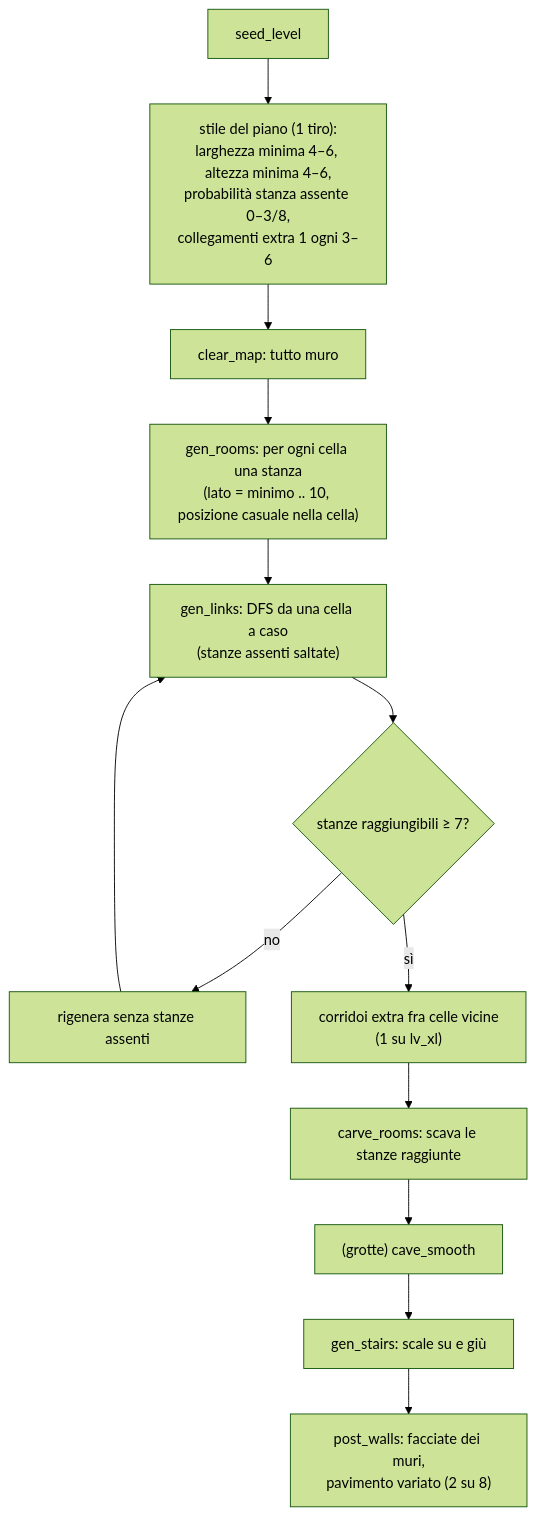
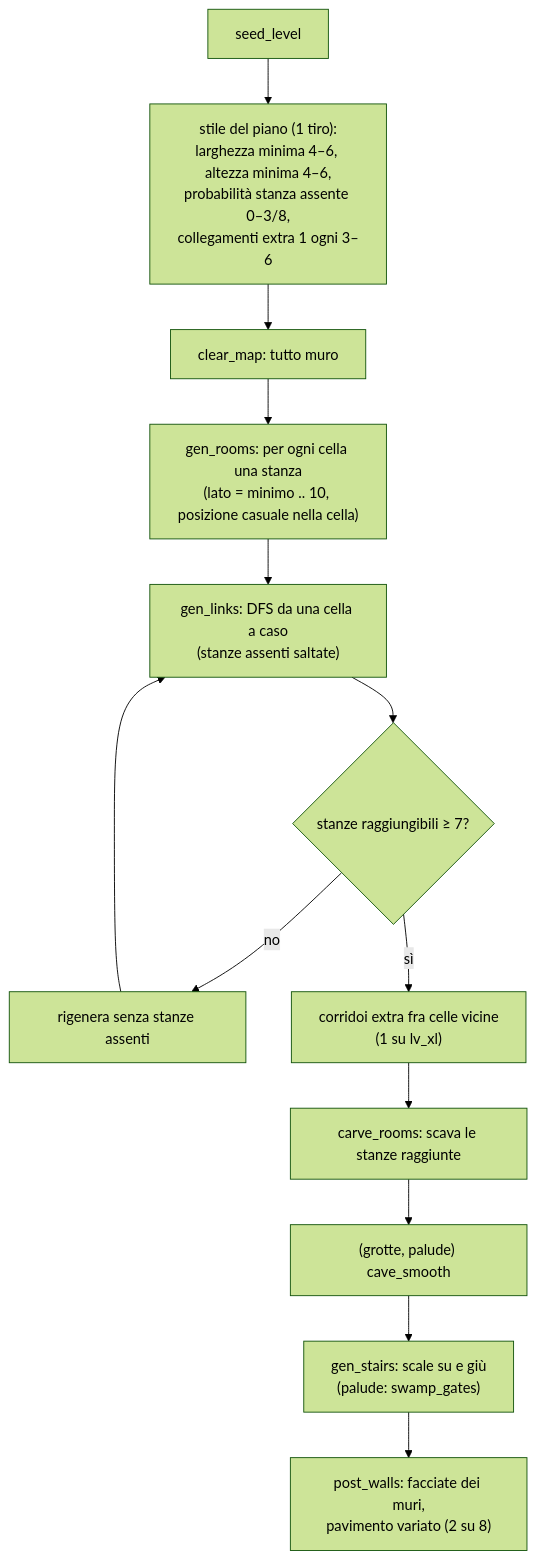
Before and after one commit to caporalesimone/barbarian-the-blood-path: the first of 2 diagrams in docs/wiki/dungeon.md, drawn with Mermaid (forest theme). The commit also changed other lines of this file and 35 other files, not shown here.

````diff
--- a/docs/wiki/dungeon.md
+++ b/docs/wiki/dungeon.md
@@ -42,13 +42,13 @@
 ```mermaid
 flowchart TD
     S["seed_level"] --> ST["stile del piano (1 tiro):<br/>larghezza minima 4–6, altezza minima 4–6,<br/>probabilità stanza assente 0–3/8,<br/>collegamenti extra 1 ogni 3–6"]
     ST --> CM["clear_map: tutto muro"]
     CM --> GR["gen_rooms: per ogni cella una stanza<br/>(lato = minimo .. 10, posizione casuale nella cella)"]
     GR --> GL["gen_links: DFS da una cella a caso<br/>(stanze assenti saltate)"]
     GL --> CK{"stanze raggiungibili ≥ 7?"}
     CK -->|no| NA["rigenera senza stanze assenti"] --> GL
     CK -->|sì| EX["corridoi extra fra celle vicine<br/>(1 su lv_xl)"]
     EX --> CR["carve_rooms: scava le stanze raggiunte"]
-    CR --> SM["(grotte) cave_smooth"] --> GS["gen_stairs: scale su e giù"]
+    CR --> SM["(grotte, palude) cave_smooth"] --> GS["gen_stairs: scale su e giù<br/>(palude: swamp_gates)"]
     GS --> PW["post_walls: facciate dei muri,<br/>pavimento variato (2 su 8)"]
 ```
````
